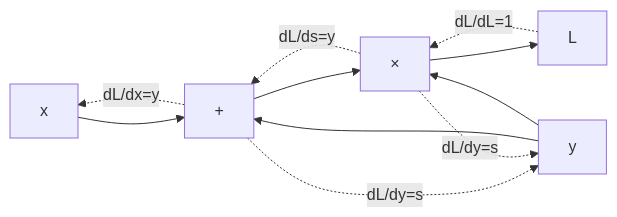
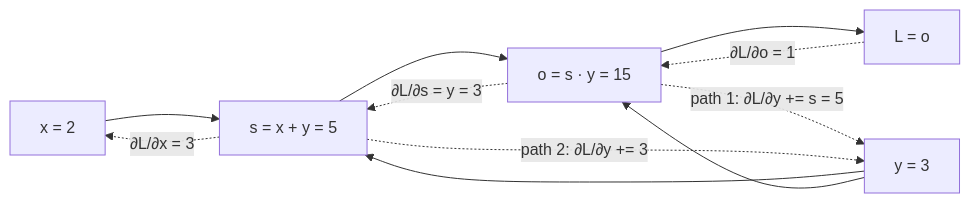
The first of 3 diagrams in roadmap/phase-2-deep-learning/02-backpropagation.md (ABHIRAM3007/itp), drawn with Mermaid before and after one commit. The commit also changed other lines of this file and 23 other files, not shown here.

````diff
--- a/roadmap/phase-2-deep-learning/02-backpropagation.md
+++ b/roadmap/phase-2-deep-learning/02-backpropagation.md
@@ -92,13 +182,13 @@
 ```mermaid
 flowchart LR
-    x --> plus["+"]
-    y --> plus
-    plus --> mul["×"]
+    x["x = 2"] --> plus["s = x + y = 5"]
+    y["y = 3"] --> plus
+    plus --> mul["o = s · y = 15"]
     y --> mul
-    mul --> L
-    L -. dL/dL=1 .-> mul
-    mul -. dL/ds=y .-> plus
-    plus -. dL/dx=y .-> x
-    plus -. dL/dy=s .-> y
-    mul  -. dL/dy=s .-> y
+    mul --> L["L = o"]
+    L -. "∂L/∂o = 1" .-> mul
+    mul -. "∂L/∂s = y = 3" .-> plus
+    mul -. "path 1: ∂L/∂y += s = 5" .-> y
+    plus -. "∂L/∂x = 3" .-> x
+    plus -. "path 2: ∂L/∂y += 3" .-> y
 ```
````
